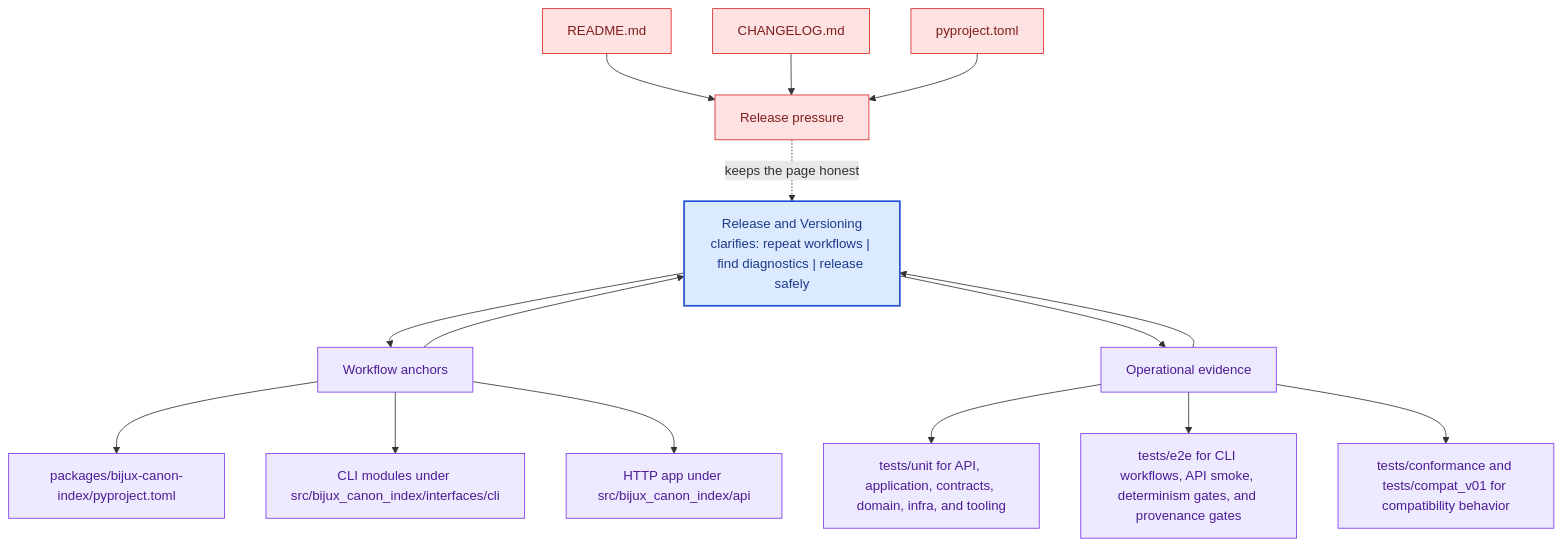
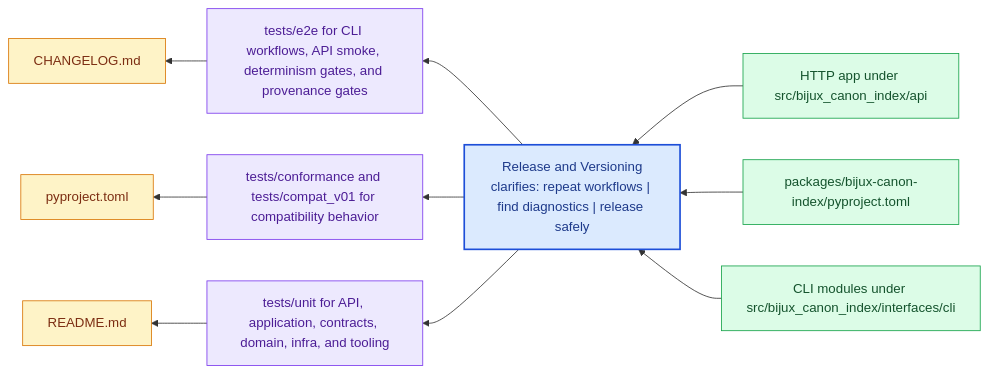
One commit to bijux/bijux-canon changed the diagram in docs/bijux-canon-index/operations/release-and-versioning.md. Above: the diagram before and after it, drawn with Mermaid. The commit also changed other lines of this file and 281 other files, not shown here.

Commit message:
docs(diagrams): replace repeated mermaid scaffolds with page-specific summaries

````diff
--- a/docs/bijux-canon-index/operations/release-and-versioning.md
+++ b/docs/bijux-canon-index/operations/release-and-versioning.md
@@ -68,41 +23,31 @@
 ```mermaid
-flowchart TB
-    promise["Release and Versioning<br/>clarifies: repeat workflows | find diagnostics | release safely"]
-    classDef promise fill:#dbeafe,stroke:#1d4ed8,color:#1e3a8a,stroke-width:2px;
-    classDef driver fill:#dcfce7,stroke:#16a34a,color:#14532d;
-    classDef constraint fill:#fee2e2,stroke:#dc2626,color:#7f1d1d;
-    classDef ground fill:#ede9fe,stroke:#7c3aed,color:#4c1d95;
-    focus1["Workflow anchors"]
-    focus1 --> promise
-    promise --> focus1
-    focus1_1["packages/bijux-canon-index/pyproject.toml"]
-    focus1 --> focus1_1
-    focus1_2["CLI modules under src/bijux_canon_index/interfaces/cli"]
-    focus1 --> focus1_2
-    focus1_3["HTTP app under src/bijux_canon_index/api"]
-    focus1 --> focus1_3
-    class focus1 ground;
-    class focus1_1,focus1_2,focus1_3 ground;
-    focus2["Operational evidence"]
-    focus2 --> promise
-    promise --> focus2
-    focus2_1["tests/unit for API, application, contracts, domain, infra, and tooling"]
-    focus2 --> focus2_1
-    focus2_2["tests/e2e for CLI workflows, API smoke, determinism gates, and provenance gates"]
-    focus2 --> focus2_2
-    focus2_3["tests/conformance and tests/compat_v01 for compatibility behavior"]
-    focus2 --> focus2_3
-    class focus2 ground;
-    class focus2_1,focus2_2,focus2_3 ground;
-    focus3["Release pressure"]
-    focus3 -.keeps the page honest.-> promise
-    focus3_1["README.md"]
-    focus3_1 --> focus3
-    focus3_2["CHANGELOG.md"]
-    focus3_2 --> focus3
-    focus3_3["pyproject.toml"]
-    focus3_3 --> focus3
-    class focus3 constraint;
-    class focus3_1,focus3_2,focus3_3 constraint;
-    class promise promise;
+flowchart RL
+    page["Release and Versioning<br/>clarifies: repeat workflows | find diagnostics | release safely"]
+    classDef page fill:#dbeafe,stroke:#1d4ed8,color:#1e3a8a,stroke-width:2px;
+    classDef positive fill:#dcfce7,stroke:#16a34a,color:#14532d;
+    classDef caution fill:#fee2e2,stroke:#dc2626,color:#7f1d1d;
+    classDef anchor fill:#ede9fe,stroke:#7c3aed,color:#4c1d95;
+    classDef action fill:#fef3c7,stroke:#d97706,color:#7c2d12;
+    step1["HTTP app under src/bijux_canon_index/api"]
+    step1 --> page
+    step2["packages/bijux-canon-index/pyproject.toml"]
+    step2 --> page
+    step3["CLI modules under src/bijux_canon_index/interfaces/cli"]
+    step3 --> page
+    run1["tests/e2e for CLI workflows, API smoke, determinism gates, and provenance gates"]
+    page --> run1
+    run2["tests/conformance and tests/compat_v01 for compatibility behavior"]
+    page --> run2
+    run3["tests/unit for API, application, contracts, domain, infra, and tooling"]
+    page --> run3
+    release1["CHANGELOG.md"]
+    run1 --> release1
+    release2["pyproject.toml"]
+    run2 --> release2
+    release3["README.md"]
+    run3 --> release3
+    class page page;
+    class step1,step2,step3 positive;
+    class run1,run2,run3 anchor;
+    class release1,release2,release3 action;
 ```
````
